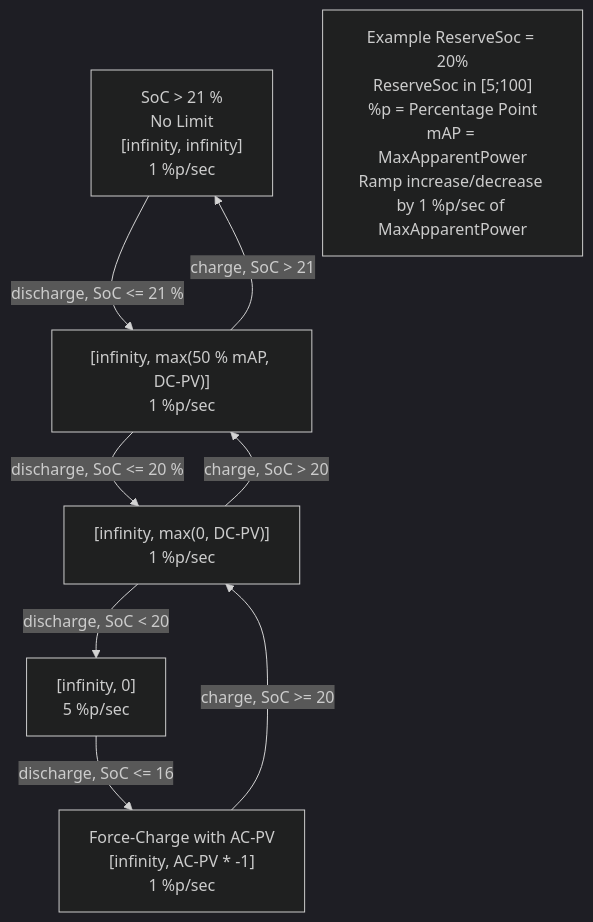
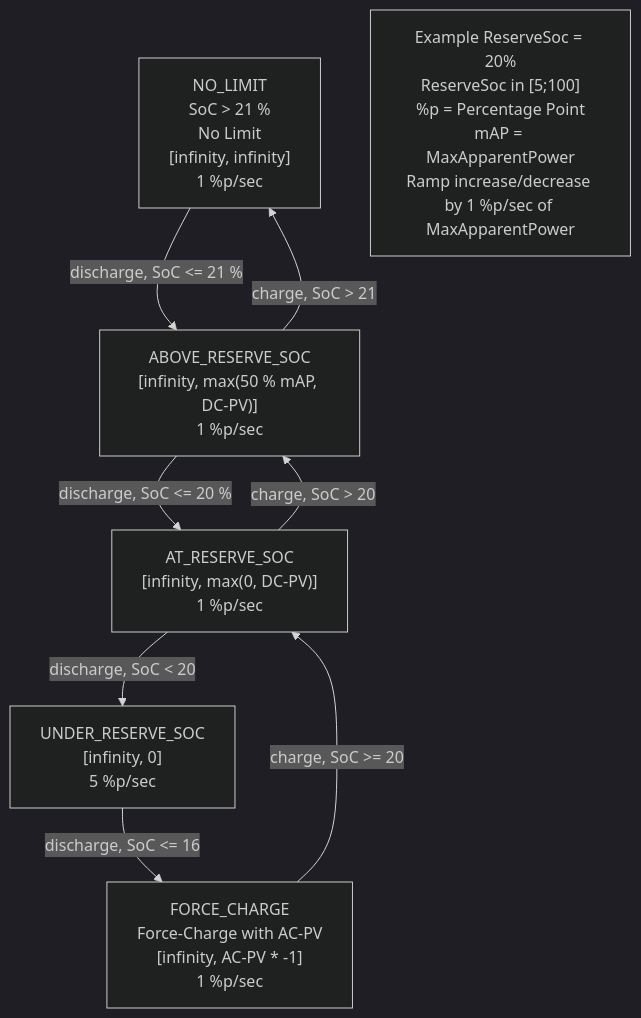
One commit to OpenEMS/openems changed the diagram in io.openems.edge.controller.ess.emergencycapacityreserve/doc/statemachine.md. Above: the diagram before and after it, drawn with Mermaid (dark theme). The commit also changed 8 other files, not shown here.

````diff
--- a/io.openems.edge.controller.ess.emergencycapacityreserve/doc/statemachine.md
+++ b/io.openems.edge.controller.ess.emergencycapacityreserve/doc/statemachine.md
@@ -3,18 +3,18 @@
 ```mermaid
 graph TD
-NO_LIMIT["SoC > 21 %<br>No Limit<br>[infinity, infinity]<br>1 %p/sec"] -->|discharge, SoC <= 21 %| ABOVE_RESERVE_SOC["[infinity, max(50 % mAP, DC-PV)]<br>1 %p/sec"]
+NO_LIMIT["NO_LIMIT<br>SoC > 21 %<br>No Limit<br>[infinity, infinity]<br>1 %p/sec"] -->|discharge, SoC <= 21 %| ABOVE_RESERVE_SOC["ABOVE_RESERVE_SOC<br>[infinity, max(50 % mAP, DC-PV)]<br>1 %p/sec"]
 
-ABOVE_RESERVE_SOC -->|discharge, SoC <= 20 %| AT_RESERVE_SOC["[infinity, max(0, DC-PV)]<br>1 %p/sec"]
+ABOVE_RESERVE_SOC -->|discharge, SoC <= 20 %| AT_RESERVE_SOC["AT_RESERVE_SOC<br>[infinity, max(0, DC-PV)]<br>1 %p/sec"]
 
-AT_RESERVE_SOC -->|discharge, SoC < 20| UNDER_RESERVE_SOC["[infinity, 0]<br>5 %p/sec"]
+AT_RESERVE_SOC -->|discharge, SoC < 20| UNDER_RESERVE_SOC["UNDER_RESERVE_SOC<br>[infinity, 0]<br>5 %p/sec"]
 
-UNDER_RESERVE_SOC -->|discharge, SoC <= 16| FORCE_CHARGE["Force-Charge with AC-PV<br>[infinity, AC-PV * -1]<br>1 %p/sec"]
+UNDER_RESERVE_SOC -->|discharge, SoC <= 16| FORCE_CHARGE["FORCE_CHARGE<br>Force-Charge with AC-PV<br>[infinity, AC-PV * -1]<br>1 %p/sec"]
 
 FORCE_CHARGE -->|charge, SoC >= 20| AT_RESERVE_SOC
 
 AT_RESERVE_SOC -->|charge, SoC > 20| ABOVE_RESERVE_SOC
 
 ABOVE_RESERVE_SOC -->|charge, SoC > 21| NO_LIMIT
 
 DESCRIPTION["Example ReserveSoc = 20%<br>ReserveSoc in [5;100]<br>%p = Percentage Point<br>mAP = MaxApparentPower<br>Ramp increase/decrease by 1 %p/sec of MaxApparentPower"]
 ```
````
